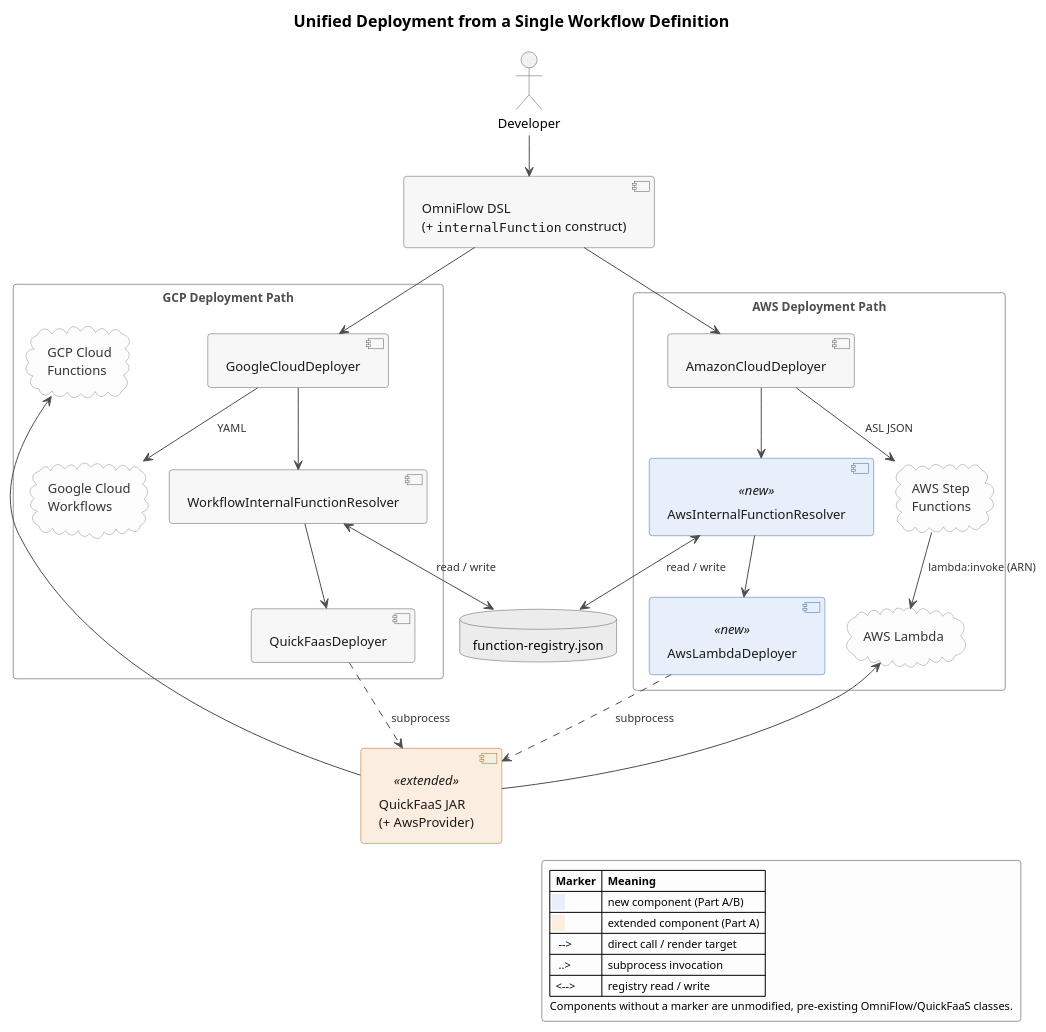
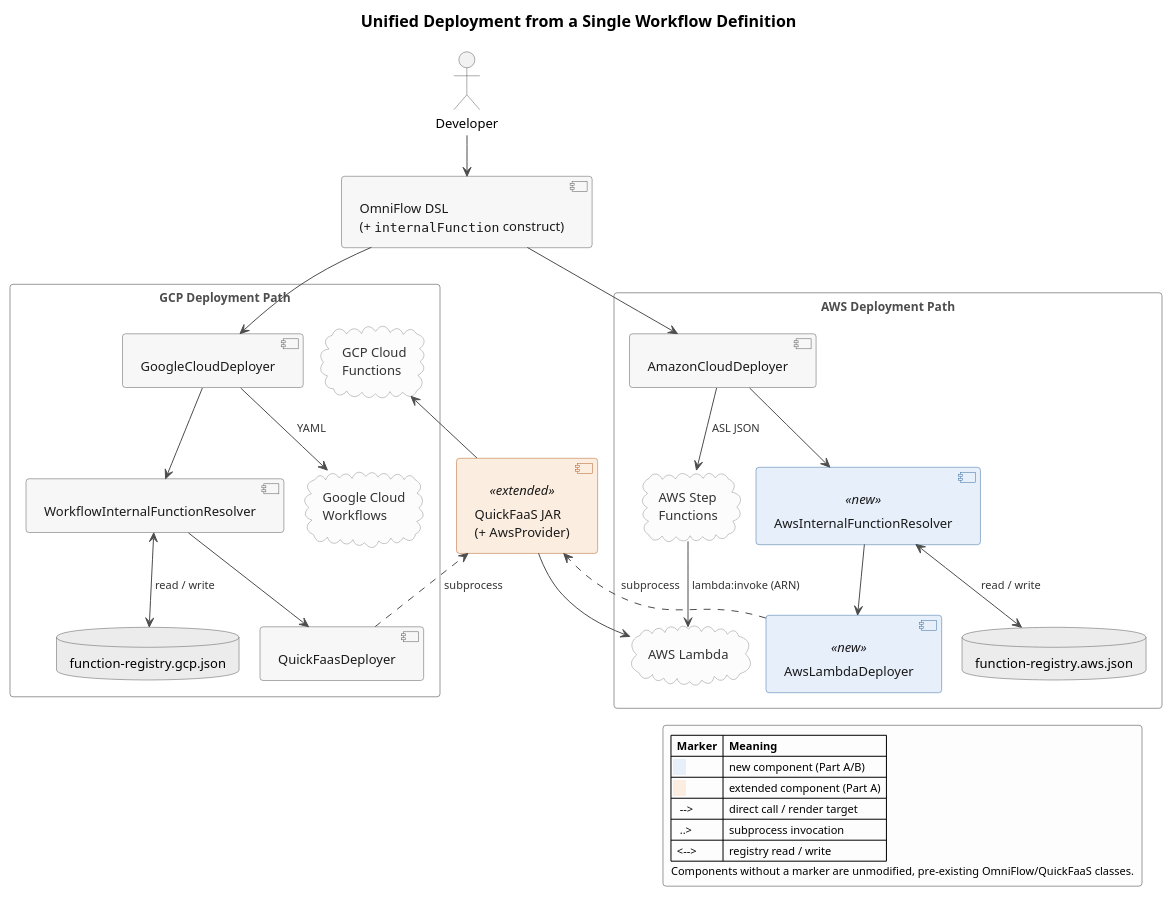
The diagram in diagrams/architecture-after.puml (EngenheiroPedroCarvalho/ISEL-Thesis-2526), drawn with PlantUML before and after one commit. The commit also changed 5 other files, not shown here.

```diff
--- a/diagrams/architecture-after.puml
+++ b/diagrams/architecture-after.puml
@@ -1,118 +1,119 @@
 @startuml architecture-after
 skinparam monochrome false
 skinparam shadowing false
 skinparam roundcorner 6
 skinparam defaultFontName Helvetica
 skinparam defaultFontSize 13
 skinparam titleFontSize 16
 skinparam titleFontStyle bold
 skinparam padding 3
 skinparam nodesep 20
 skinparam ranksep 40
 
 skinparam ArrowColor #4D4D4D
 skinparam ArrowFontSize 11
 skinparam ArrowFontColor #333333
 
 skinparam actor {
   BackgroundColor #F2F2F2
   BorderColor #595959
 }
 
 skinparam component {
   BackgroundColor #F7F7F7
   BorderColor #595959
   FontColor #1A1A1A
 }
 skinparam component<<new>> {
   BackgroundColor #E7EFFB
   BorderColor #3B6FA0
   FontColor #1A1A1A
 }
 skinparam component<<extended>> {
   BackgroundColor #FBEEE0
   BorderColor #B4622A
   FontColor #1A1A1A
 }
 
 skinparam database {
   BackgroundColor #ECECEC
   BorderColor #595959
 }
 
 skinparam cloud {
   BackgroundColor #FCFCFC
   BorderColor #8C8C8C
   FontColor #333333
 }
 
 skinparam rectangle {
   BackgroundColor transparent
   BorderColor #999999
   FontColor #4D4D4D
   FontStyle bold
   FontSize 12
 }
 
 skinparam legend {
   BackgroundColor #FDFDFD
   BorderColor #999999
   FontSize 11
 }
 
 title Unified Deployment from a Single Workflow Definition
 
 actor "Developer" as D2
 component "OmniFlow DSL\n(+ ""internalFunction"" construct)" as DSL2
 
 rectangle "GCP Deployment Path" {
   component "GoogleCloudDeployer" as GCD2
   component "WorkflowInternalFunctionResolver" as WIFR
   component "QuickFaasDeployer" as QFD
   cloud "Google Cloud\nWorkflows" as GCW2
   cloud "GCP Cloud\nFunctions" as GFN
+  database "function-registry.gcp.json" as REGG
 }
 
 rectangle "AWS Deployment Path" {
   component "AmazonCloudDeployer" as ACD2
   component "AwsInternalFunctionResolver" as AIFR <<new>>
   component "AwsLambdaDeployer" as ALD <<new>>
   cloud "AWS Step\nFunctions" as SF2
   cloud "AWS Lambda" as LAM
+  database "function-registry.aws.json" as REGA
 }
 
-database "function-registry.json" as REG
 component "QuickFaaS JAR\n(+ AwsProvider)" as JAR <<extended>>
 
 D2 --> DSL2
 DSL2 --> GCD2
 DSL2 --> ACD2
 
 GCD2 --> WIFR
 ACD2 --> AIFR
-WIFR <--> REG : read / write
-AIFR <--> REG : read / write
+WIFR <--> REGG : read / write
+AIFR <--> REGA : read / write
 
 WIFR --> QFD
 AIFR --> ALD
 QFD ..> JAR : subprocess
 ALD ..> JAR : subprocess
 
 JAR --> GFN
 JAR --> LAM
 
 GCD2 --> GCW2 : YAML
 ACD2 --> SF2 : ASL JSON
 SF2 --> LAM : lambda:invoke (ARN)
 
 legend right
   |= Marker |= Meaning |
   |<back:#E7EFFB>    </back>| new component (Part A/B) |
   |<back:#FBEEE0>    </back>| extended component (Part A) |
   |  --> | direct call / render target |
   |  ..> | subprocess invocation |
   | <--> | registry read / write |
   Components without a marker are unmodified, pre-existing OmniFlow/QuickFaaS classes.
 endlegend
 
 @enduml
```
